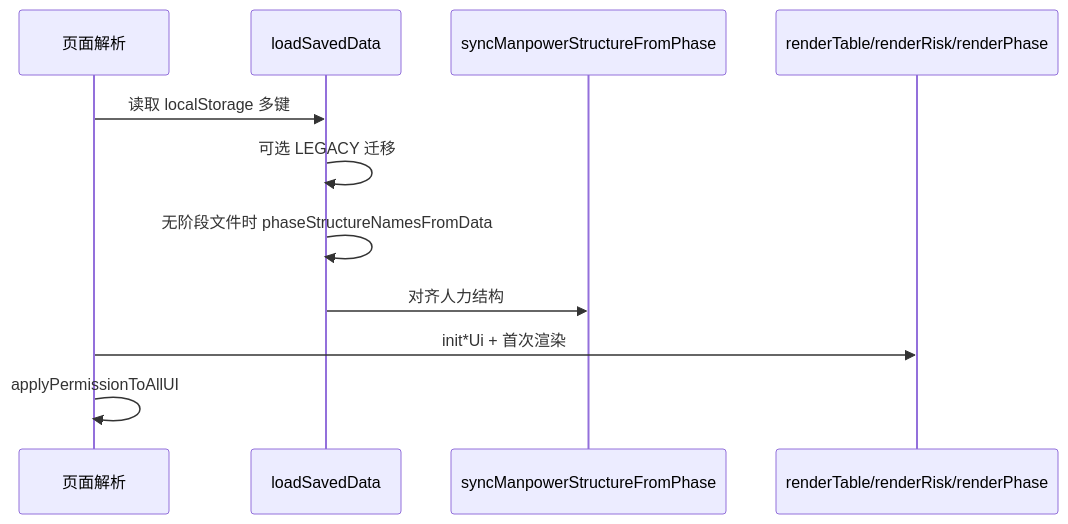
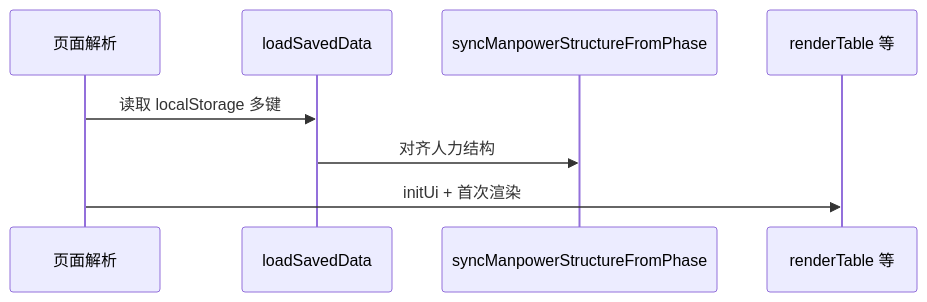
Before and after one commit to sky-ding/test: the second of 2 diagrams in docs/技术设计文档-项目管理登记工具.md, drawn with Mermaid. The commit also changed other lines of this file and 20 other files, not shown here.

````diff
--- a/docs/技术设计文档-项目管理登记工具.md
+++ b/docs/技术设计文档-项目管理登记工具.md
@@ -103,13 +123,10 @@
 ```mermaid
 sequenceDiagram
   participant P as 页面解析
   participant L as loadSavedData
   participant S as syncManpowerStructureFromPhase
-  participant R as renderTable/renderRisk/renderPhase
+  participant R as renderTable 等
   P->>L: 读取 localStorage 多键
-  L->>L: 可选 LEGACY 迁移
-  L->>L: 无阶段文件时 phaseStructureNamesFromData
   L->>S: 对齐人力结构
-  P->>R: init*Ui + 首次渲染
-  P->>P: applyPermissionToAllUI
+  P->>R: initUi + 首次渲染
 ```
````
